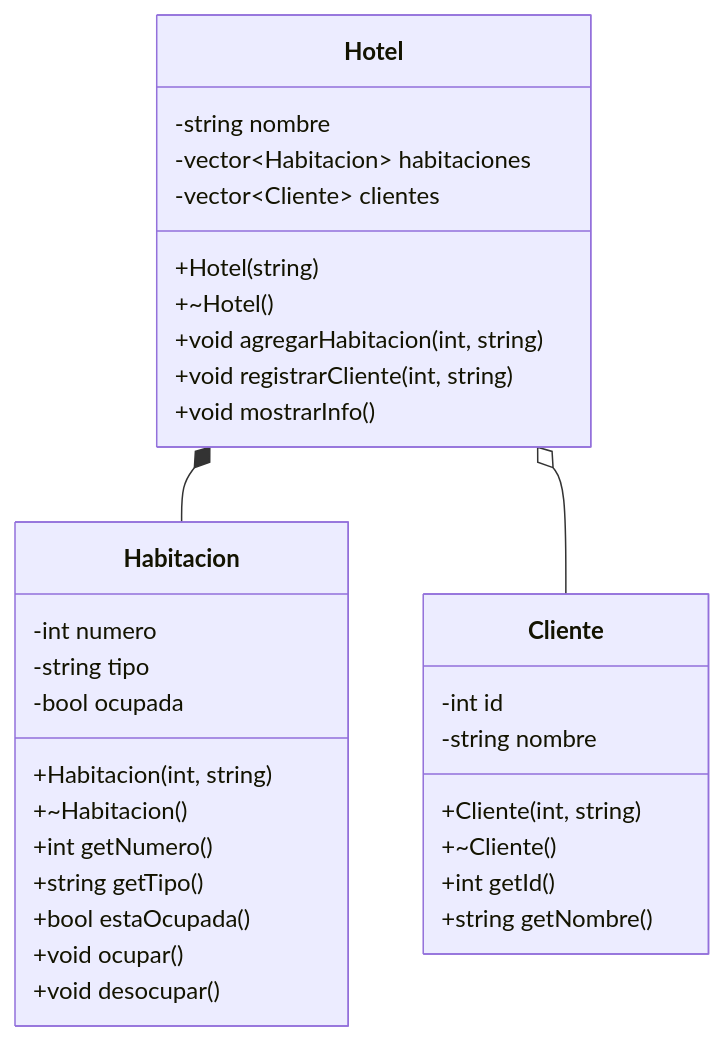
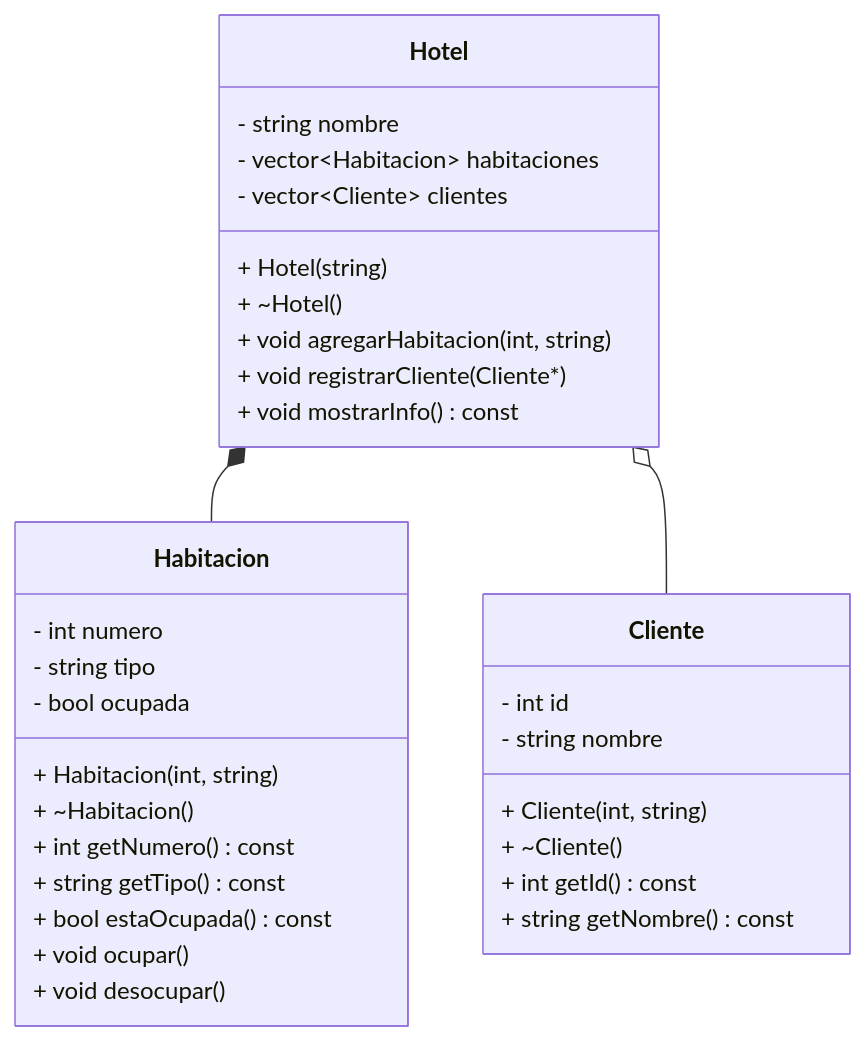
One commit to AlejandroYuChen/Ejercicios-Asociaciones changed the diagram in classDiagram Program 1.md. Above: the diagram before and after it, drawn with Mermaid.

Commit message:
Update classDiagram Program 1.md

````diff
--- a/classDiagram Program 1.md
+++ b/classDiagram Program 1.md
@@ -1,40 +1,40 @@
 ```mermaid
 
 classDiagram
 
     class Habitacion {
-        -int numero
-        -string tipo
-        -bool ocupada
-        +Habitacion(int, string)
-        +~Habitacion()
-        +int getNumero()
-        +string getTipo()
-        +bool estaOcupada()
-        +void ocupar()
-        +void desocupar()
+        - int numero
+        - string tipo
+        - bool ocupada
+        + Habitacion(int, string)
+        + ~Habitacion()
+        + int getNumero() const
+        + string getTipo() const
+        + bool estaOcupada() const
+        + void ocupar()
+        + void desocupar()
     }
 
     class Cliente {
-        -int id
-        -string nombre
-        +Cliente(int, string)
-        +~Cliente()
-        +int getId()
-        +string getNombre()
+        - int id
+        - string nombre
+        + Cliente(int, string)
+        + ~Cliente()
+        + int getId() const
+        + string getNombre() const
     }
 
     class Hotel {
-        -string nombre
-        -vector~Habitacion~ habitaciones
-        -vector~Cliente~ clientes
-        +Hotel(string)
-        +~Hotel()
-        +void agregarHabitacion(int, string)
-        +void registrarCliente(int, string)
-        +void mostrarInfo()
+        - string nombre
+        - vector~Habitacion~ habitaciones
+        - vector~Cliente~ clientes
+        + Hotel(string)
+        + ~Hotel()
+        + void agregarHabitacion(int, string)
+        + void registrarCliente(Cliente*)
+        + void mostrarInfo() const
     }
 
     Hotel *-- Habitacion
     Hotel o-- Cliente
 ```
````
